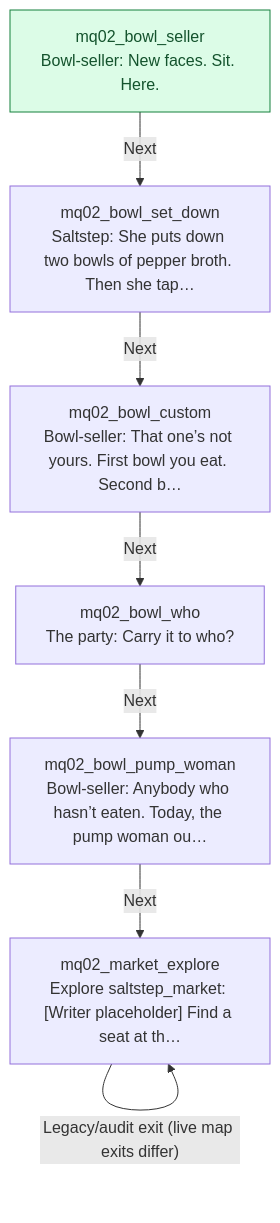
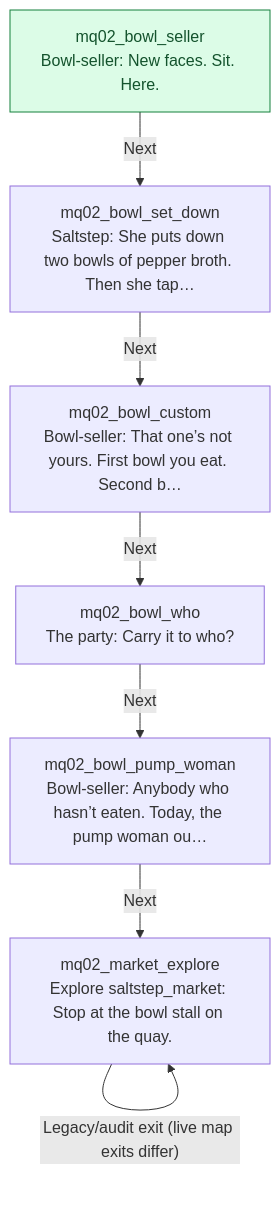
The first of 15 diagrams in docs/story/mq02-paper-and-stone.md (jaredbahr/Avatarrpg), drawn with Mermaid before and after one commit. The commit also changed other lines of this file and 15 other files, not shown here.

First line of the commit message:
Regenerate the id ledger and story graphs; close the trial log's placeholders

````diff
--- a/docs/story/mq02-paper-and-stone.md
+++ b/docs/story/mq02-paper-and-stone.md
@@ -21,18 +21,18 @@
 ```mermaid
 flowchart TD
-  n114["mq02_bowl_seller<br/>Bowl-seller: New faces. Sit. Here."]:::entry
-  n115["mq02_bowl_set_down<br/>Saltstep: She puts down two bowls of pepper broth. Then she tap…"]
+  n117["mq02_bowl_seller<br/>Bowl-seller: New faces. Sit. Here."]:::entry
+  n119["mq02_bowl_set_down<br/>Saltstep: She puts down two bowls of pepper broth. Then she tap…"]
   n112["mq02_bowl_custom<br/>Bowl-seller: That one’s not yours. First bowl you eat. Second b…"]
-  n116["mq02_bowl_who<br/>The party: Carry it to who?"]
-  n113["mq02_bowl_pump_woman<br/>Bowl-seller: Anybody who hasn’t eaten. Today, the pump woman ou…"]
-  n163["mq02_market_explore<br/>Explore saltstep_market: [Writer placeholder] Find a seat at th…"]
-  n112 -->|"Next"| n116
-  n113 -->|"Next"| n163
-  n114 -->|"Next"| n115
-  n115 -->|"Next"| n112
-  n116 -->|"Next"| n113
-  n163 -->|"Legacy/audit exit (live map exits differ)"| n163
+  n121["mq02_bowl_who<br/>The party: Carry it to who?"]
+  n115["mq02_bowl_pump_woman<br/>Bowl-seller: Anybody who hasn’t eaten. Today, the pump woman ou…"]
+  n174["mq02_market_explore<br/>Explore saltstep_market: Stop at the bowl stall on the quay."]
+  n112 -->|"Next"| n121
+  n115 -->|"Next"| n174
+  n117 -->|"Next"| n119
+  n119 -->|"Next"| n112
+  n121 -->|"Next"| n115
+  n174 -->|"Legacy/audit exit (live map exits differ)"| n174
   classDef entry fill:#dcfce7,stroke:#15803d,color:#14532d
   classDef external fill:#f3e8ff,stroke:#7e22ce,color:#581c87
   classDef continuation fill:#f8fafc,stroke:#475569,color:#0f172a,stroke-dasharray:5 5
 ```
````
